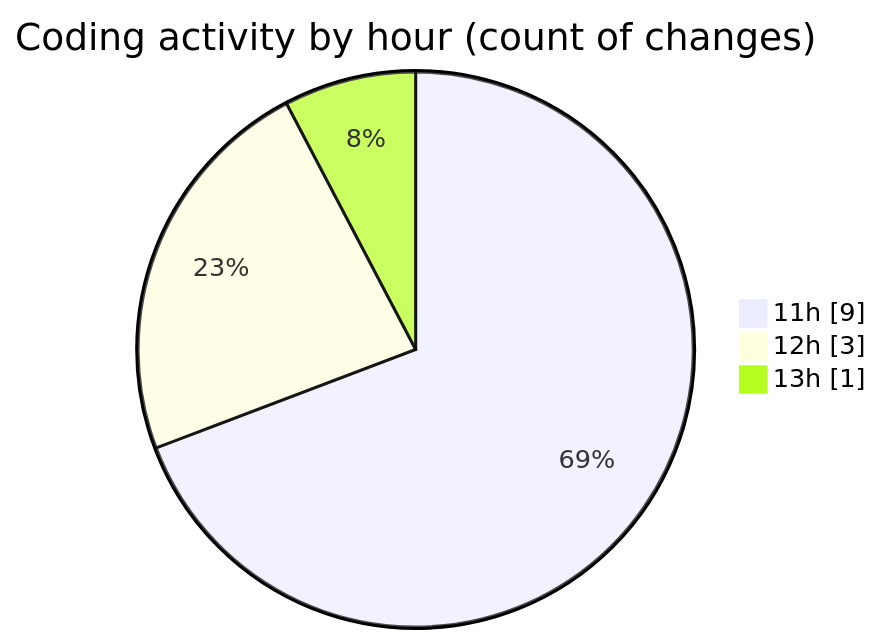
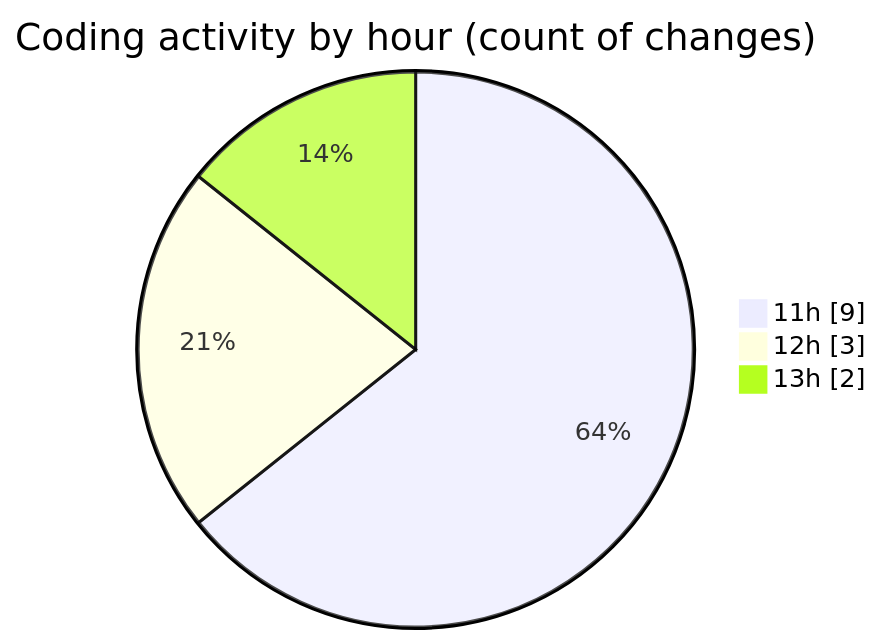
Before and after one commit to LanceThiago/code-tracking: the second of 2 diagrams in 2025-01-22/oficina/README.md, drawn with Mermaid. The commit also changed other lines of this file and 1 other file, not shown here.

````diff
--- a/2025-01-22/oficina/README.md
+++ b/2025-01-22/oficina/README.md
@@ -32,7 +32,7 @@
 ```mermaid
 pie showData
 title Coding activity by hour (count of changes)
 "11h" : 9
 "12h" : 3
-"13h" : 1
+"13h" : 2
 ```
````
